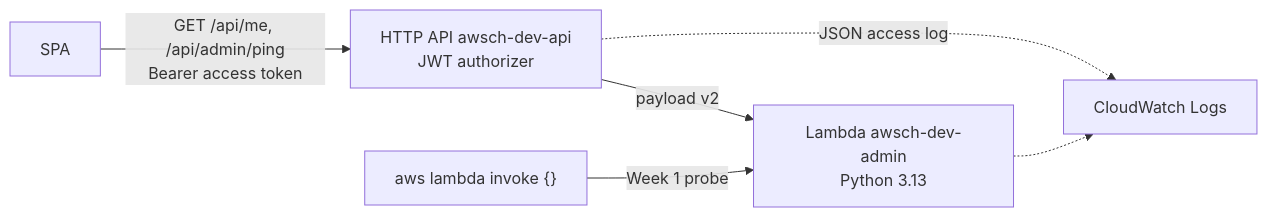
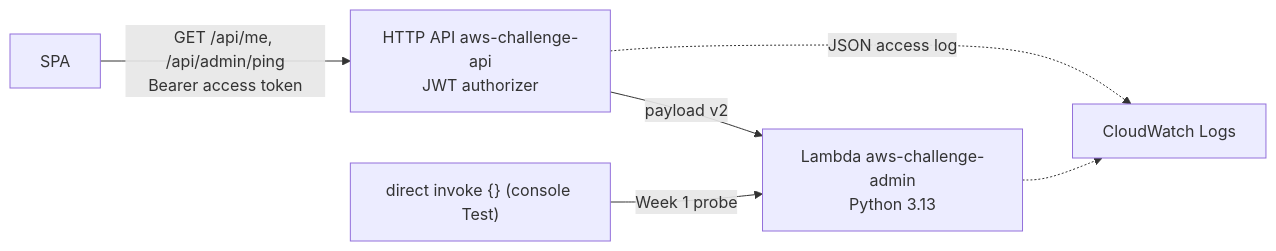
One commit to maxim-semenko/aws_challenge changed the diagram in docs/design/api-gateway-auth.md. Above: the diagram before and after it, drawn with Mermaid. The commit also changed other lines of this file and 31 other files, not shown here.

````diff
--- a/docs/design/api-gateway-auth.md
+++ b/docs/design/api-gateway-auth.md
@@ -19,8 +19,8 @@
 ```mermaid
 flowchart LR
-    SPA[SPA] -->|"GET /api/me, /api/admin/ping<br/>Bearer access token"| API[HTTP API awsch-dev-api<br/>JWT authorizer]
-    API -->|payload v2| ADM[Lambda awsch-dev-admin<br/>Python 3.13]
+    SPA[SPA] -->|"GET /api/me, /api/admin/ping<br/>Bearer access token"| API[HTTP API aws-challenge-api<br/>JWT authorizer]
+    API -->|payload v2| ADM[Lambda aws-challenge-admin<br/>Python 3.13]
     API -.->|JSON access log| CW[CloudWatch Logs]
     ADM -.-> CW
-    CLI["aws lambda invoke {}"] -->|Week 1 probe| ADM
+    CLI["direct invoke {} (console Test)"] -->|Week 1 probe| ADM
 ```
````
